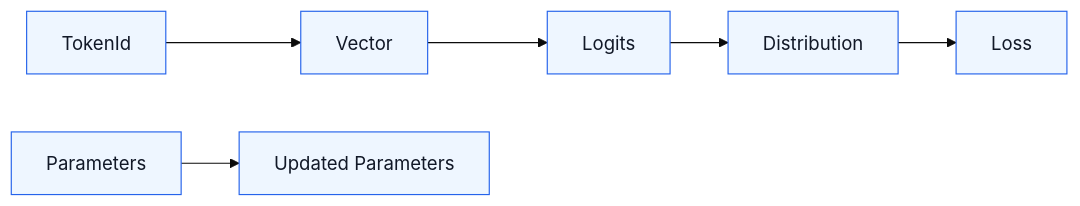
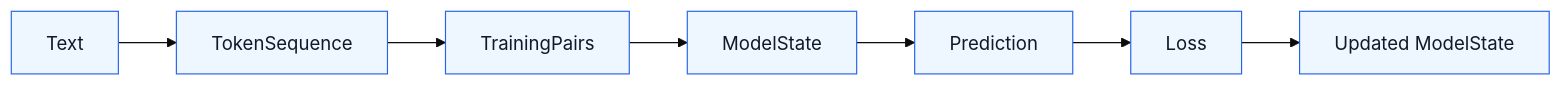
One commit to hghalebi/category_theory_transformer_rs changed the diagram in README.md. Above: the diagram before and after it, drawn with Mermaid (base theme). The commit also changed other lines of this file, not shown here.

````diff
--- a/README.md
+++ b/README.md
@@ -27,11 +35,12 @@
 ```mermaid
 flowchart LR
-    A[TokenId] --> B[Vector]
-    B --> C[Logits]
-    C --> D[Distribution]
-    D --> E[Loss]
-    F[Parameters] --> G[Updated Parameters]
+    A[Text] --> B[TokenSequence]
+    B --> C[TrainingPairs]
+    C --> D[ModelState]
+    D --> E[Prediction]
+    E --> F[Loss]
+    F --> G[Updated ModelState]
 
     classDef obj fill:#eef6ff,stroke:#2563eb,color:#111827;
     class A,B,C,D,E,F,G obj;
 ```
````
